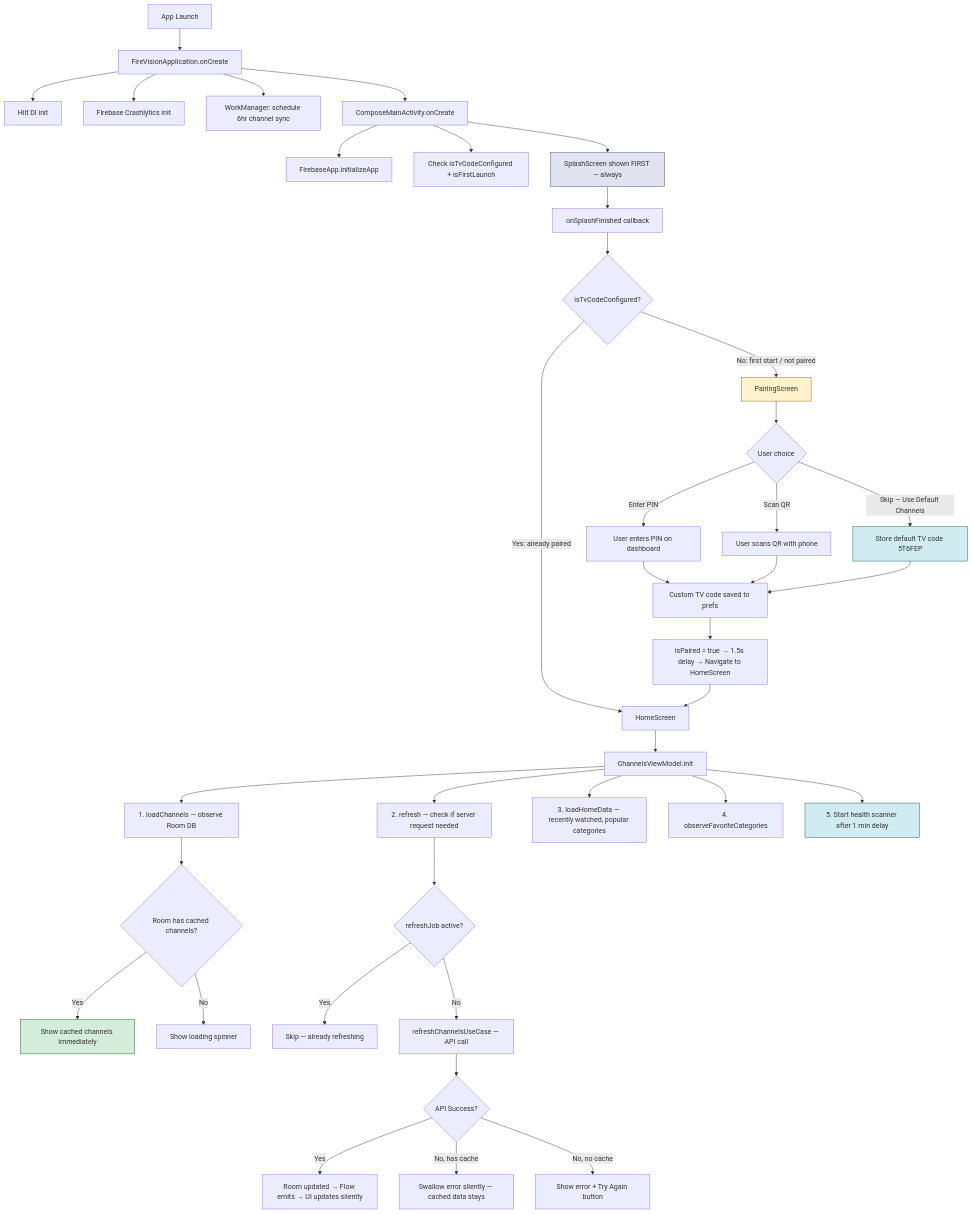
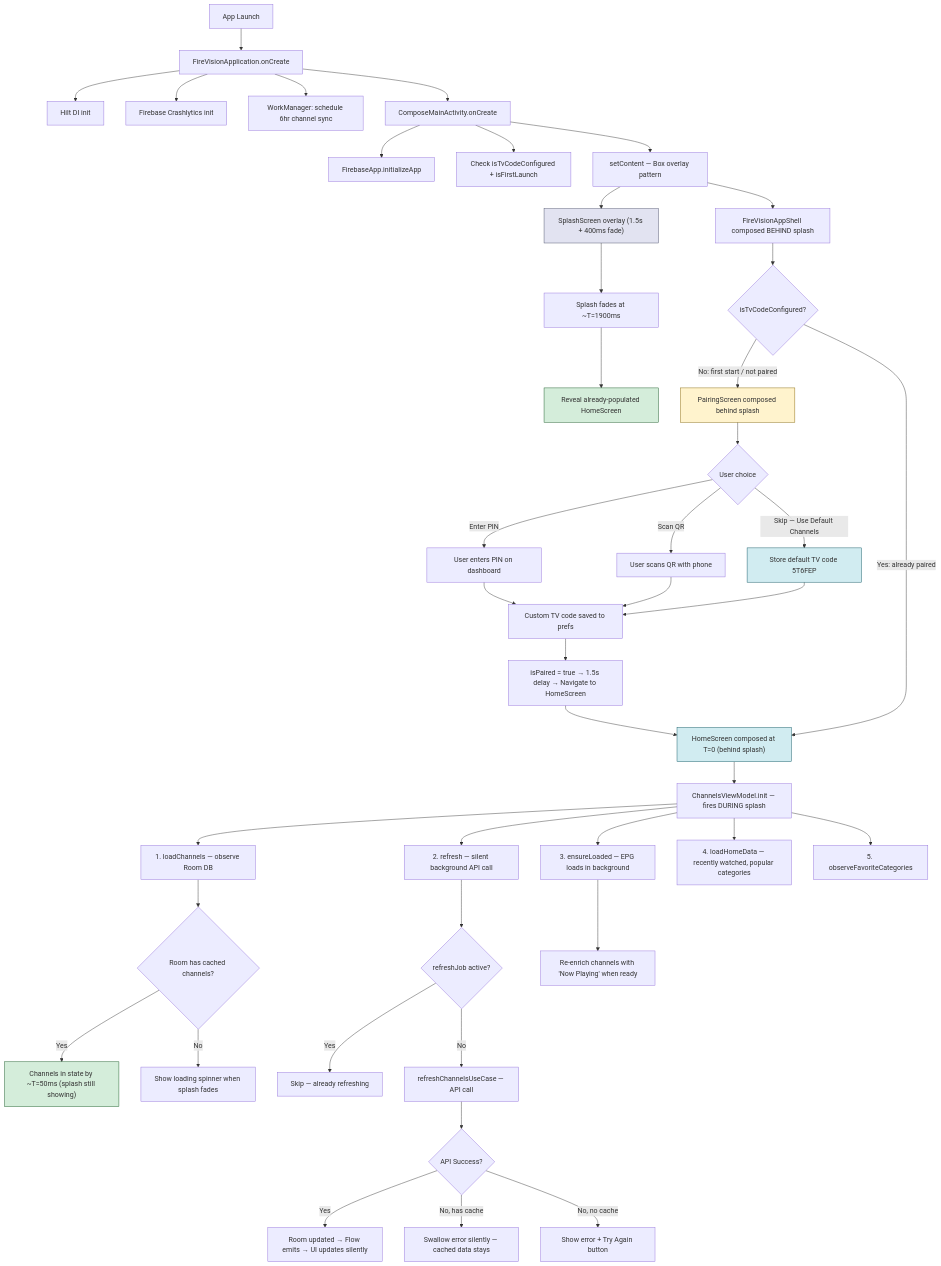
One commit to akshaynikhare/FireVisionIPTV changed the first of 6 diagrams in docs/APP_STARTUP_FLOW.md. Above: the diagram before and after it, drawn with Mermaid. The commit also changed other lines of this file and 18 other files, not shown here.

First line of the commit message:
feat: Implement Box overlay pattern for splash screen to pre-warm ViewModel

````diff
--- a/docs/APP_STARTUP_FLOW.md
+++ b/docs/APP_STARTUP_FLOW.md
@@ -11,57 +11,65 @@
 ```mermaid
 flowchart TD
     A[App Launch] --> B[FireVisionApplication.onCreate]
     B --> B1[Hilt DI init]
     B --> B2[Firebase Crashlytics init]
     B --> B3[WorkManager: schedule 6hr channel sync]
 
     B --> C[ComposeMainActivity.onCreate]
     C --> C1[FirebaseApp.initializeApp]
     C --> C2[Check isTvCodeConfigured + isFirstLaunch]
 
-    C --> SP[SplashScreen shown FIRST — always]
-    SP --> SP1[onSplashFinished callback]
-    SP1 --> RT{isTvCodeConfigured?}
+    C --> SET["setContent — Box overlay pattern"]
 
-    RT -- "No: first start / not paired" --> PA[PairingScreen]
+    SET --> SP["SplashScreen overlay (1.5s + 400ms fade)"]
+    SET --> SHELL["FireVisionAppShell composed BEHIND splash"]
+
+    SHELL --> RT{isTvCodeConfigured?}
+
+    RT -- "No: first start / not paired" --> PA[PairingScreen composed behind splash]
 
     PA --> PD{User choice}
     PD -- "Enter PIN" --> PA1[User enters PIN on dashboard]
     PD -- "Scan QR" --> PA2[User scans QR with phone]
     PD -- "Skip — Use Default Channels" --> PA3[Store default TV code 5T6FEP]
 
     PA1 --> PA4[Custom TV code saved to prefs]
     PA2 --> PA4
     PA3 --> PA4
     PA4 --> PA5["isPaired = true → 1.5s delay → Navigate to HomeScreen"]
 
-    RT -- "Yes: already paired" --> HS[HomeScreen]
+    RT -- "Yes: already paired" --> HS["HomeScreen composed at T=0 (behind splash)"]
     PA5 --> HS
 
-    HS --> J[ChannelsViewModel.init]
+    HS --> J["ChannelsViewModel.init — fires DURING splash"]
 
     J --> K["1. loadChannels — observe Room DB"]
     K --> O{Room has cached channels?}
-    O -- Yes --> P[Show cached channels immediately]
-    O -- No --> Q[Show loading spinner]
+    O -- Yes --> P["Channels in state by ~T=50ms (splash still showing)"]
+    O -- No --> Q[Show loading spinner when splash fades]
 
-    J --> M["2. refresh — check if server request needed"]
+    J --> M["2. refresh — silent background API call"]
     M --> MG{refreshJob active?}
     MG -- Yes --> MS[Skip — already refreshing]
     MG -- No --> R[refreshChannelsUseCase — API call]
 
     R --> S{API Success?}
     S -- Yes --> T[Room updated → Flow emits → UI updates silently]
     S -- No, has cache --> U[Swallow error silently — cached data stays]
     S -- No, no cache --> V[Show error + Try Again button]
 
-    J --> L["3. loadHomeData — recently watched, popular categories"]
-    J --> N["4. observeFavoriteCategories"]
-    J --> J1["5. Start health scanner after 1 min delay"]
+    J --> EPG["3. ensureLoaded — EPG loads in background"]
+    EPG --> EPG1["Re-enrich channels with 'Now Playing' when ready"]
+    J --> L["4. loadHomeData — recently watched, popular categories"]
+    J --> N["5. observeFavoriteCategories"]
+
+    SP --> SP1["Splash fades at ~T=1900ms"]
+    SP1 --> REVEAL["Reveal already-populated HomeScreen"]
 
     style SP fill:#e2e3f1,stroke:#4a4e69
     style PA fill:#fff3cd,stroke:#856404
     style PA3 fill:#d1ecf1,stroke:#0c5460
     style P fill:#d4edda,stroke:#155724
-    style J1 fill:#d1ecf1,stroke:#0c5460
+    style REVEAL fill:#d4edda,stroke:#155724
+    style HS fill:#d1ecf1,stroke:#0c5460
 ```
````
